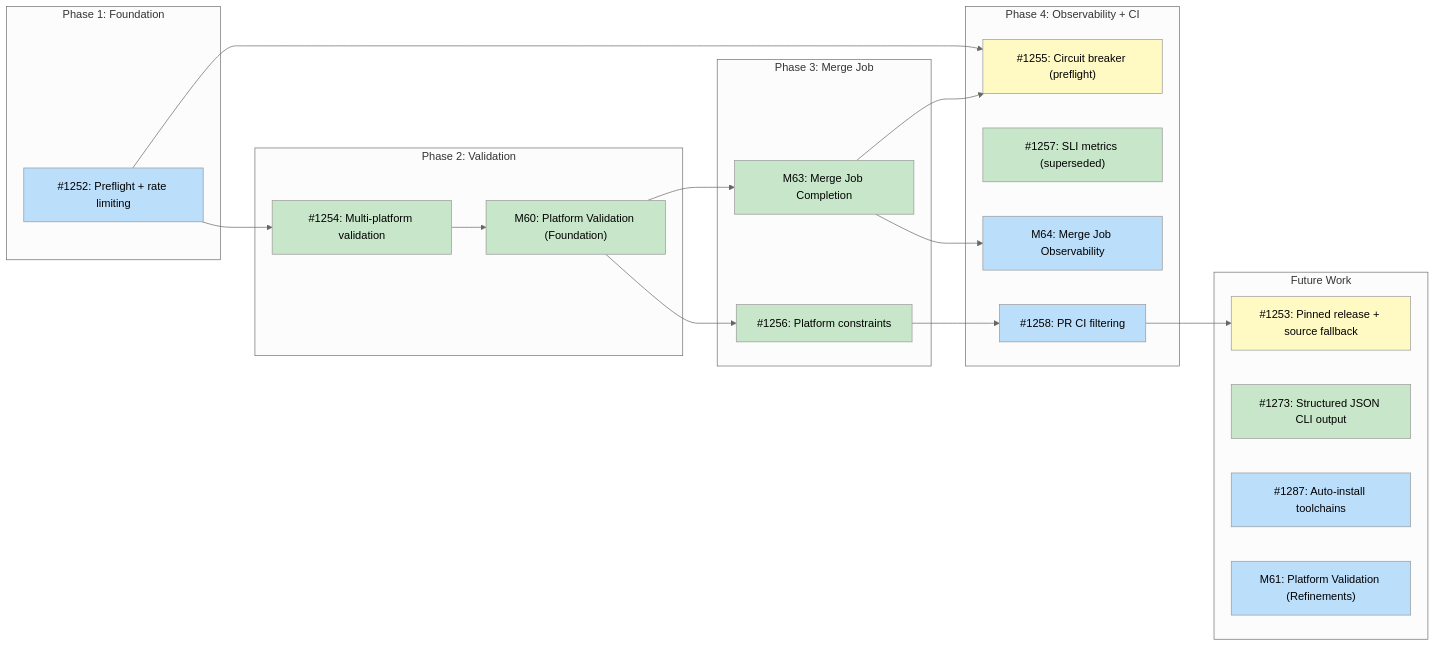
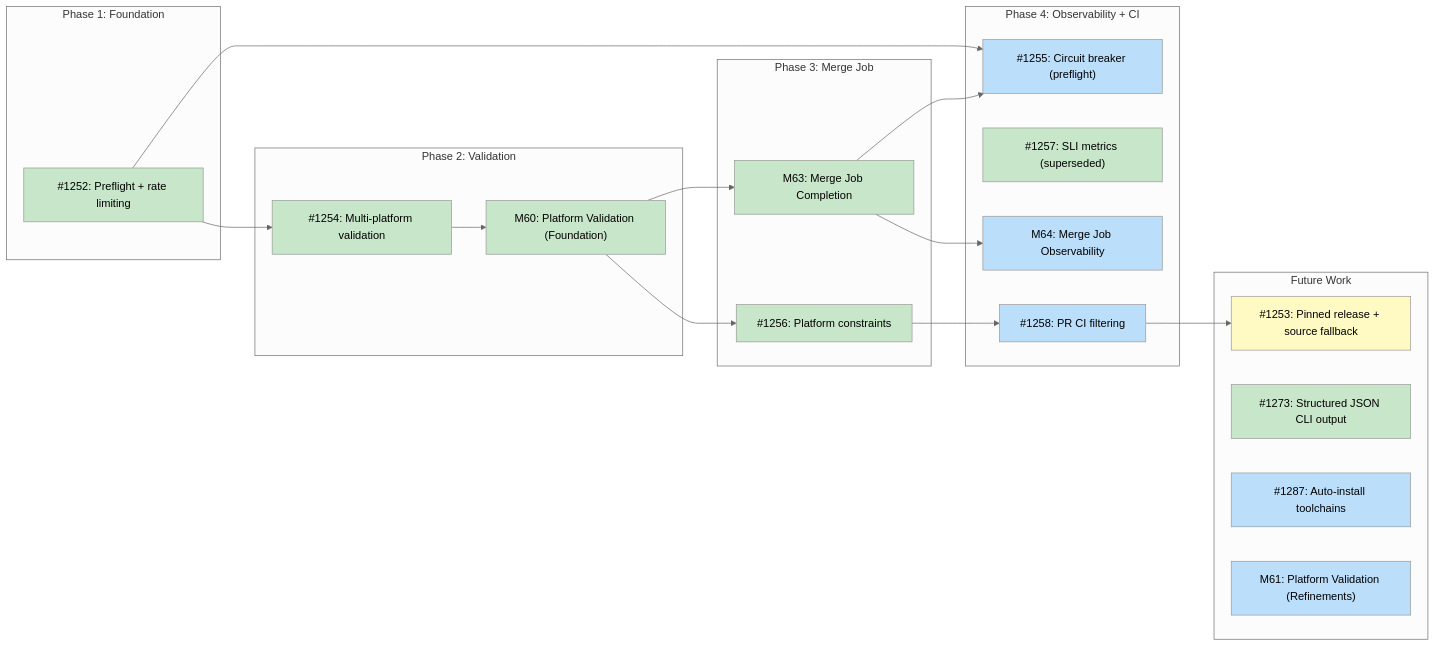
One commit to tsukumogami/tsuku changed the diagram in docs/designs/DESIGN-batch-recipe-generation.md. Above: the diagram before and after it, drawn with Mermaid (neutral theme). The commit also changed other lines of this file and 1 other file, not shown here.

Commit message:
docs: add implementation summary for issue-1252

````diff
--- a/docs/designs/DESIGN-batch-recipe-generation.md
+++ b/docs/designs/DESIGN-batch-recipe-generation.md
@@ -34,53 +34,54 @@
 ```mermaid
 graph LR
     subgraph Phase1["Phase 1: Foundation"]
         I1252["#1252: Preflight + rate limiting"]
     end
 
     subgraph Phase2["Phase 2: Validation"]
         I1254["#1254: Multi-platform validation"]
         M60["M60: Platform Validation (Foundation)"]
     end
 
     subgraph Phase3["Phase 3: Merge Job"]
         I1256["#1256: Platform constraints"]
         M63["M63: Merge Job Completion"]
     end
 
     subgraph Phase4["Phase 4: Observability + CI"]
         I1255["#1255: Circuit breaker (preflight)"]
         I1257["#1257: SLI metrics (superseded)"]
         M64["M64: Merge Job Observability"]
         I1258["#1258: PR CI filtering"]
     end
 
     subgraph Future["Future Work"]
         I1253["#1253: Pinned release + source fallback"]
         I1273["#1273: Structured JSON CLI output"]
         I1287["#1287: Auto-install toolchains"]
         M61["M61: Platform Validation (Refinements)"]
     end
 
     I1252 --> I1254
     I1254 --> M60
     M60 --> I1256
     M60 --> M63
     I1256 --> I1258
     I1258 --> I1253
     M63 --> I1255
     I1252 --> I1255
     M63 --> M64
 
     classDef done fill:#c8e6c9
     classDef ready fill:#bbdefb
     classDef blocked fill:#fff9c4
     classDef needsDesign fill:#e1bee7
 
     class I1254,I1273,I1257 done
     class M60,I1256 done
     class M63 done
-    class I1252,I1287,M61 ready
-    class I1253,I1255 blocked
+    class I1252 done
+    class I1287,M61,I1255 ready
+    class I1253 blocked
     class M64 ready
     class I1258 ready
 ```
````
